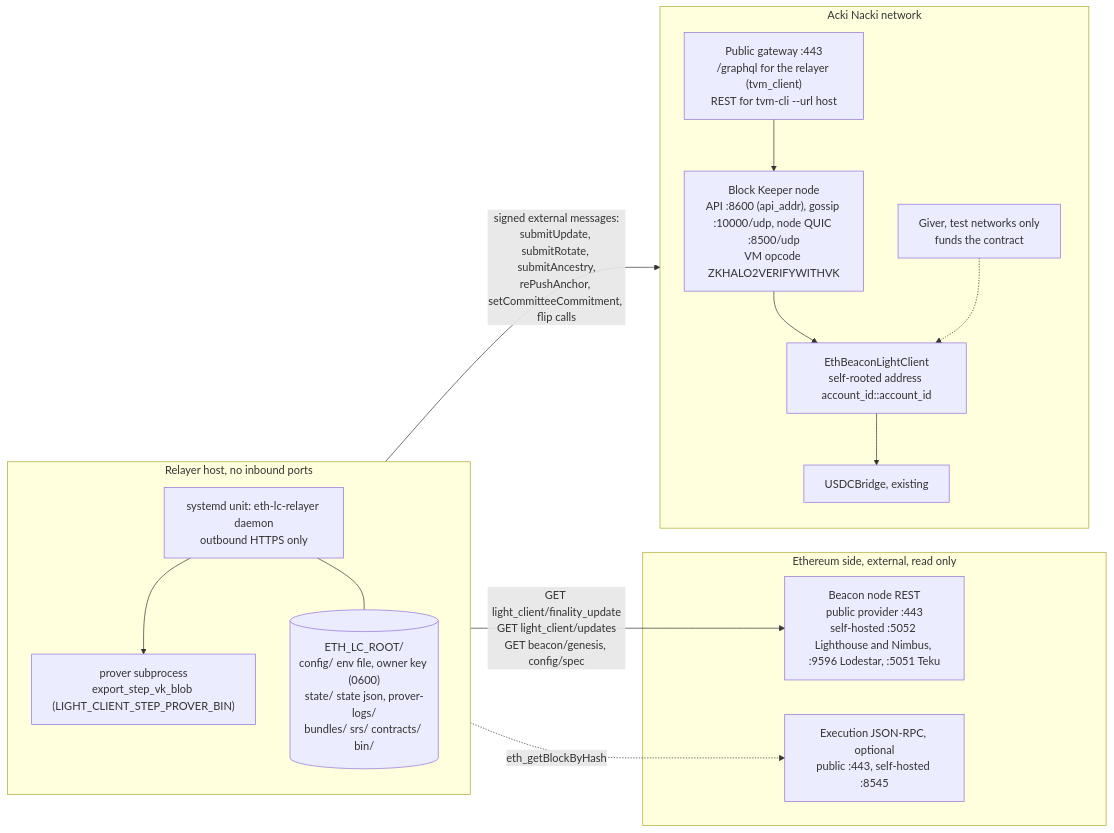
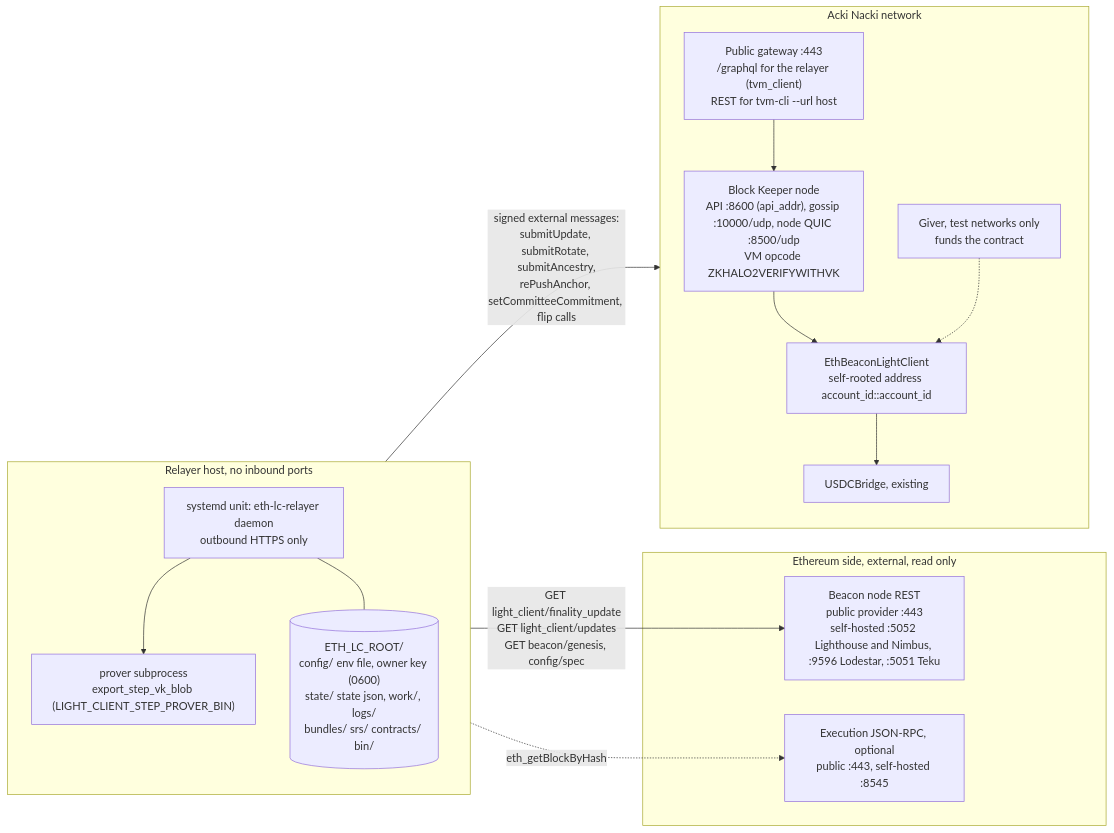
Before and after one commit to gosh-sh/bridge: the fifth of 5 diagrams in docs/eth-light-client.md, drawn with Mermaid. The commit also changed other lines of this file and 10 other files, not shown here.

````diff
--- a/docs/eth-light-client.md
+++ b/docs/eth-light-client.md
@@ -360,30 +360,30 @@
 ```mermaid
 flowchart LR
   subgraph EXT["Ethereum side, external, read only"]
     BN["Beacon node REST<br/>public provider :443<br/>self-hosted :5052 Lighthouse and Nimbus, :9596 Lodestar, :5051 Teku"]
     EN["Execution JSON-RPC, optional<br/>public :443, self-hosted :8545"]
   end
   subgraph RH["Relayer host, no inbound ports"]
     direction TB
     SVC["systemd unit: eth-lc-relayer daemon<br/>outbound HTTPS only"]
     PRV["prover subprocess<br/>export_step_vk_blob (LIGHT_CLIENT_STEP_PROVER_BIN)"]
-    FS[("ETH_LC_ROOT/<br/>config/ env file, owner key (0600)<br/>state/ state json, prover-logs/<br/>bundles/ srs/ contracts/ bin/")]
+    FS[("ETH_LC_ROOT/<br/>config/ env file, owner key (0600)<br/>state/ state json, work/, logs/<br/>bundles/ srs/ contracts/ bin/")]
     SVC --> PRV
     SVC --- FS
   end
   subgraph ANN["Acki Nacki network"]
     direction TB
     GW["Public gateway :443<br/>/graphql for the relayer (tvm_client)<br/>REST for tvm-cli --url host"]
     NODE["Block Keeper node<br/>API :8600 (api_addr), gossip :10000/udp, node QUIC :8500/udp<br/>VM opcode ZKHALO2VERIFYWITHVK"]
     LC["EthBeaconLightClient<br/>self-rooted address account_id::account_id"]
     UB["USDCBridge, existing"]
     GIV["Giver, test networks only<br/>funds the contract"]
     GW --> NODE
     NODE --> LC
     LC --> UB
     GIV -.-> LC
   end
   SVC -- "GET light_client/finality_update<br/>GET light_client/updates<br/>GET beacon/genesis, config/spec" --> BN
   SVC -. "eth_getBlockByHash" .-> EN
   SVC -- "signed external messages:<br/>submitUpdate, submitRotate, submitAncestry,<br/>rePushAnchor, setCommitteeCommitment, flip calls" --> GW
 ```
````
